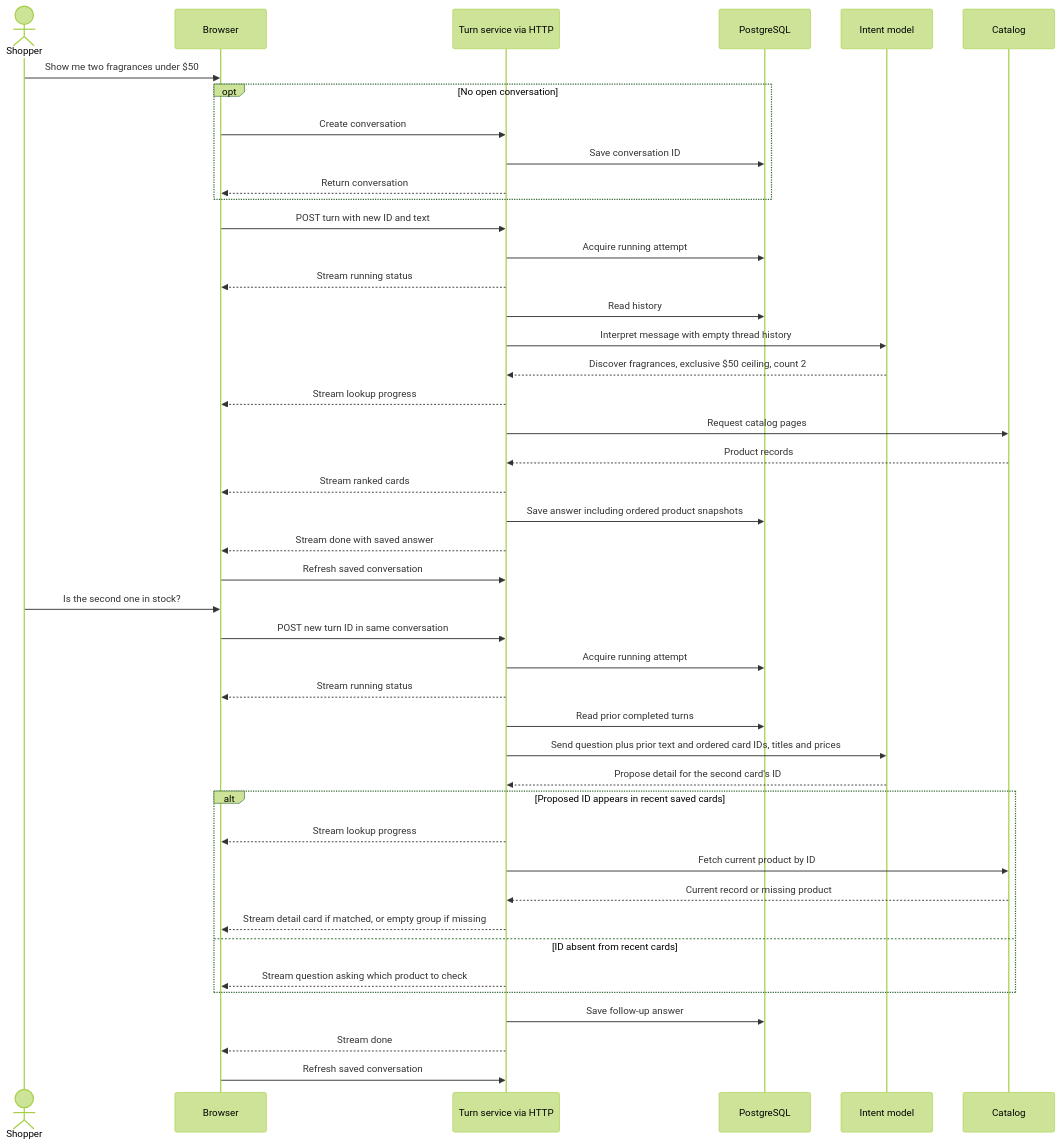
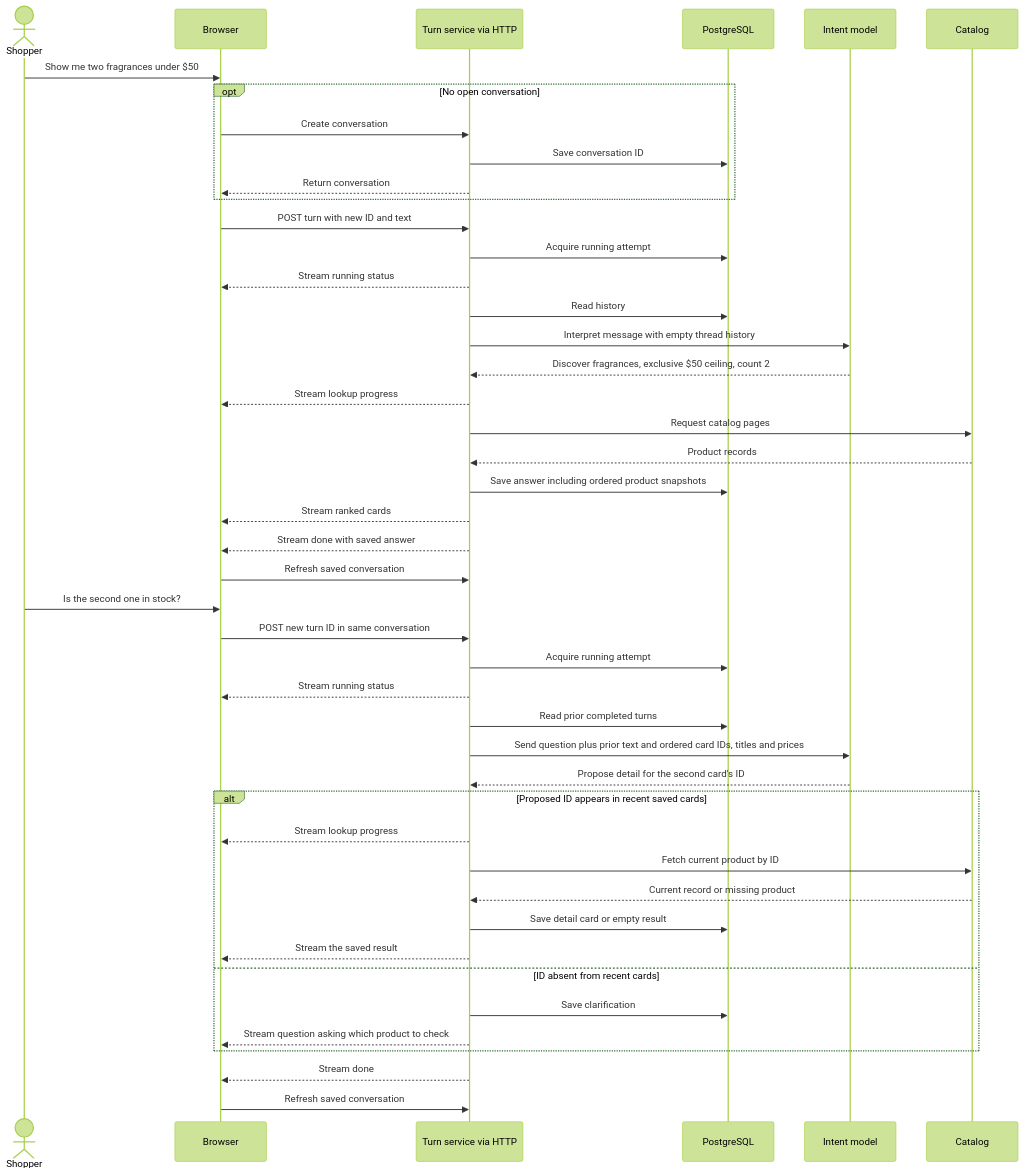
Before and after one commit to rosneri/bazak: the fourth of 5 diagrams in docs/message-flow.md, drawn with Mermaid (forest theme). The commit also changed other lines of this file and 18 other files, not shown here.

````diff
--- a/docs/message-flow.md
+++ b/docs/message-flow.md
@@ -71,46 +71,47 @@
 ```mermaid
 sequenceDiagram
   actor S as Shopper
   participant B as Browser
   participant T as Turn service via HTTP
   participant D as PostgreSQL
   participant M as Intent model
   participant C as Catalog
   S->>B: Show me two fragrances under $50
   opt No open conversation
     B->>T: Create conversation
     T->>D: Save conversation ID
     T-->>B: Return conversation
   end
   B->>T: POST turn with new ID and text
   T->>D: Acquire running attempt
   T-->>B: Stream running status
   T->>D: Read history
   T->>M: Interpret message with empty thread history
   M-->>T: Discover fragrances, exclusive $50 ceiling, count 2
   T-->>B: Stream lookup progress
   T->>C: Request catalog pages
   C-->>T: Product records
+  T->>D: Save answer including ordered product snapshots
   T-->>B: Stream ranked cards
-  T->>D: Save answer including ordered product snapshots
   T-->>B: Stream done with saved answer
   B->>T: Refresh saved conversation
   S->>B: Is the second one in stock?
   B->>T: POST new turn ID in same conversation
   T->>D: Acquire running attempt
   T-->>B: Stream running status
   T->>D: Read prior completed turns
   T->>M: Send question plus prior text and ordered card IDs, titles and prices
   M-->>T: Propose detail for the second card's ID
   alt Proposed ID appears in recent saved cards
     T-->>B: Stream lookup progress
     T->>C: Fetch current product by ID
     C-->>T: Current record or missing product
-    T-->>B: Stream detail card if matched, or empty group if missing
+    T->>D: Save detail card or empty result
+    T-->>B: Stream the saved result
   else ID absent from recent cards
+    T->>D: Save clarification
     T-->>B: Stream question asking which product to check
   end
-  T->>D: Save follow-up answer
   T-->>B: Stream done
   B->>T: Refresh saved conversation
 ```
````
